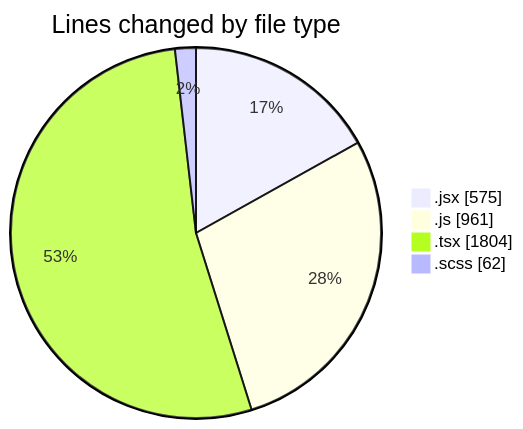
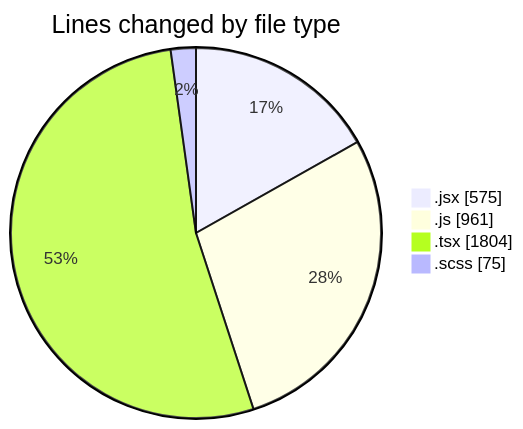
One commit to momahboobian/code-tracking changed the first of 2 diagrams in 2026-02-12/cda/README.md. Above: the diagram before and after it, drawn with Mermaid. The commit also changed other lines of this file and 1 other file, not shown here.

````diff
--- a/2026-02-12/cda/README.md
+++ b/2026-02-12/cda/README.md
@@ -29,8 +30,8 @@
 ```mermaid
 pie showData
 title Lines changed by file type
 ".jsx" : 575
 ".js" : 961
 ".tsx" : 1804
-".scss" : 62
+".scss" : 75
 ```
````
